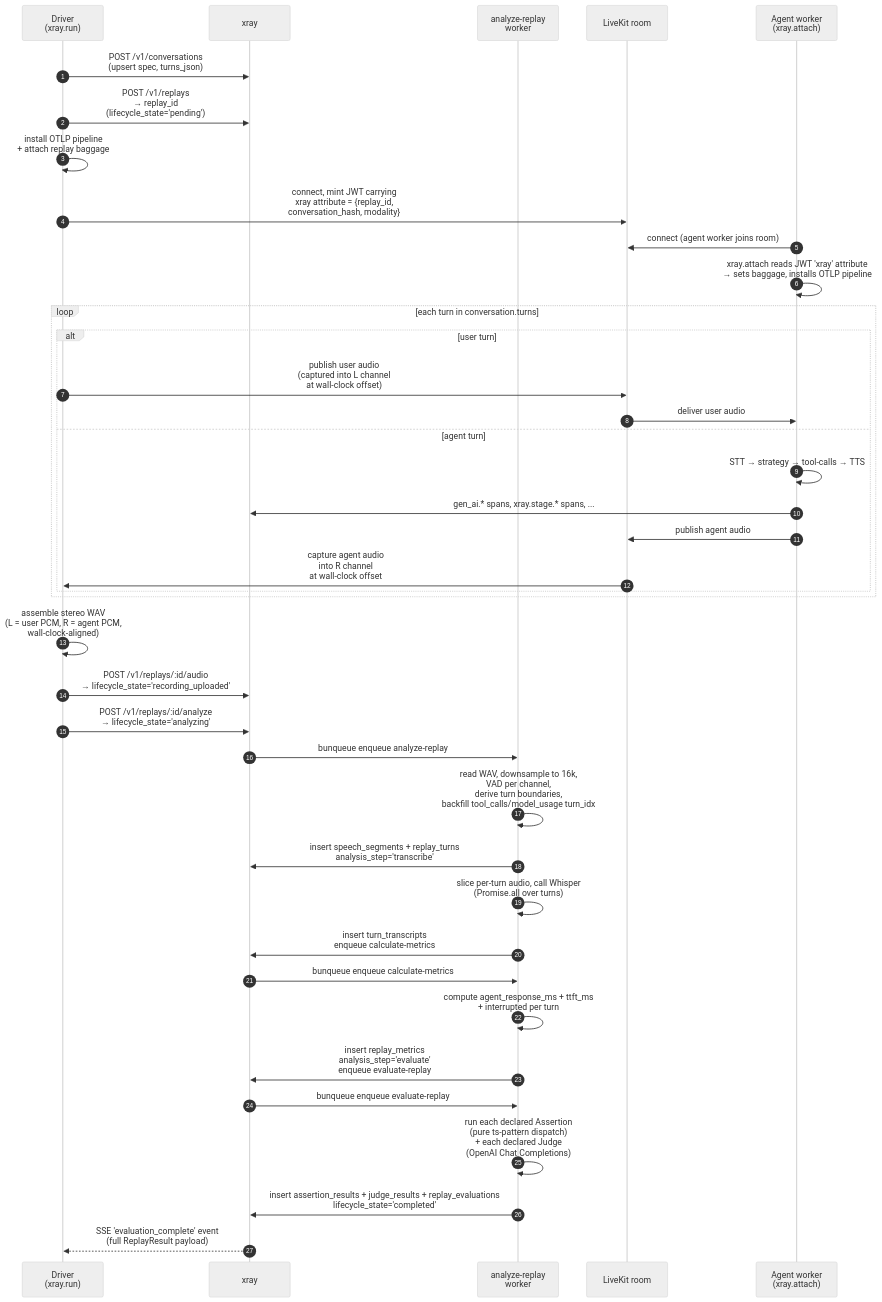
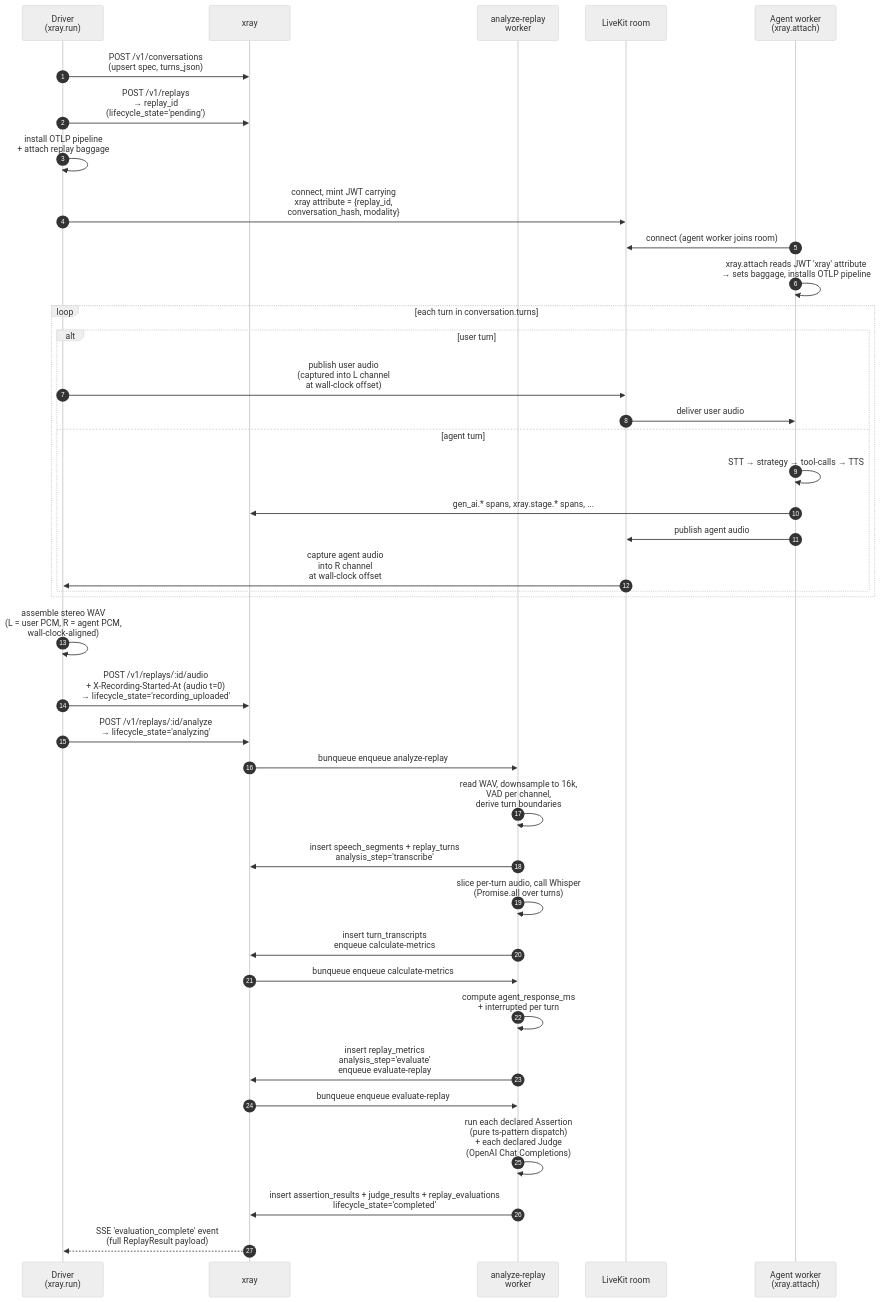
Before and after one commit to xray-eval/xray: the third of 5 diagrams in docs/architecture.md, drawn with Mermaid (neutral theme). The commit also changed other lines of this file and 73 other files, not shown here.

First line of the commit message:
feat(server): derive span→turn attribution from the audio timeline (#93)

````diff
--- a/docs/architecture.md
+++ b/docs/architecture.md
@@ -242,44 +248,44 @@
 ```mermaid
 sequenceDiagram
     autonumber
     participant D as Driver<br/>(xray.run)
     participant X as xray
     participant W as analyze-replay<br/>worker
     participant LK as LiveKit room
     participant A as Agent worker<br/>(xray.attach)
 
     D->>X: POST /v1/conversations<br/>(upsert spec, turns_json)
     D->>X: POST /v1/replays<br/>→ replay_id<br/>(lifecycle_state='pending')
     D->>D: install OTLP pipeline<br/>+ attach replay baggage
     D->>LK: connect, mint JWT carrying<br/>xray attribute = {replay_id,<br/>conversation_hash, modality}
     A->>LK: connect (agent worker joins room)
     A->>A: xray.attach reads JWT 'xray' attribute<br/>→ sets baggage, installs OTLP pipeline
 
     loop each turn in conversation.turns
       alt user turn
         D->>LK: publish user audio<br/>(captured into L channel<br/>at wall-clock offset)
         LK->>A: deliver user audio
       else agent turn
         A->>A: STT → strategy → tool-calls → TTS
         A->>X: gen_ai.* spans, xray.stage.* spans, ...
         A->>LK: publish agent audio
         LK->>D: capture agent audio<br/>into R channel<br/>at wall-clock offset
       end
     end
 
     D->>D: assemble stereo WAV<br/>(L = user PCM, R = agent PCM,<br/>wall-clock-aligned)
-    D->>X: POST /v1/replays/:id/audio<br/>→ lifecycle_state='recording_uploaded'
+    D->>X: POST /v1/replays/:id/audio<br/>+ X-Recording-Started-At (audio t=0)<br/>→ lifecycle_state='recording_uploaded'
     D->>X: POST /v1/replays/:id/analyze<br/>→ lifecycle_state='analyzing'
     X->>W: bunqueue enqueue analyze-replay
-    W->>W: read WAV, downsample to 16k,<br/>VAD per channel,<br/>derive turn boundaries,<br/>backfill tool_calls/model_usage turn_idx
+    W->>W: read WAV, downsample to 16k,<br/>VAD per channel,<br/>derive turn boundaries
     W->>X: insert speech_segments + replay_turns<br/>analysis_step='transcribe'
     W->>W: slice per-turn audio, call Whisper<br/>(Promise.all over turns)
     W->>X: insert turn_transcripts<br/>enqueue calculate-metrics
     X->>W: bunqueue enqueue calculate-metrics
-    W->>W: compute agent_response_ms + ttft_ms<br/>+ interrupted per turn
+    W->>W: compute agent_response_ms<br/>+ interrupted per turn
     W->>X: insert replay_metrics<br/>analysis_step='evaluate'<br/>enqueue evaluate-replay
     X->>W: bunqueue enqueue evaluate-replay
     W->>W: run each declared Assertion<br/>(pure ts-pattern dispatch)<br/>+ each declared Judge<br/>(OpenAI Chat Completions)
     W->>X: insert assertion_results + judge_results + replay_evaluations<br/>lifecycle_state='completed'
     X-->>D: SSE 'evaluation_complete' event<br/>(full ReplayResult payload)
 ```
````
